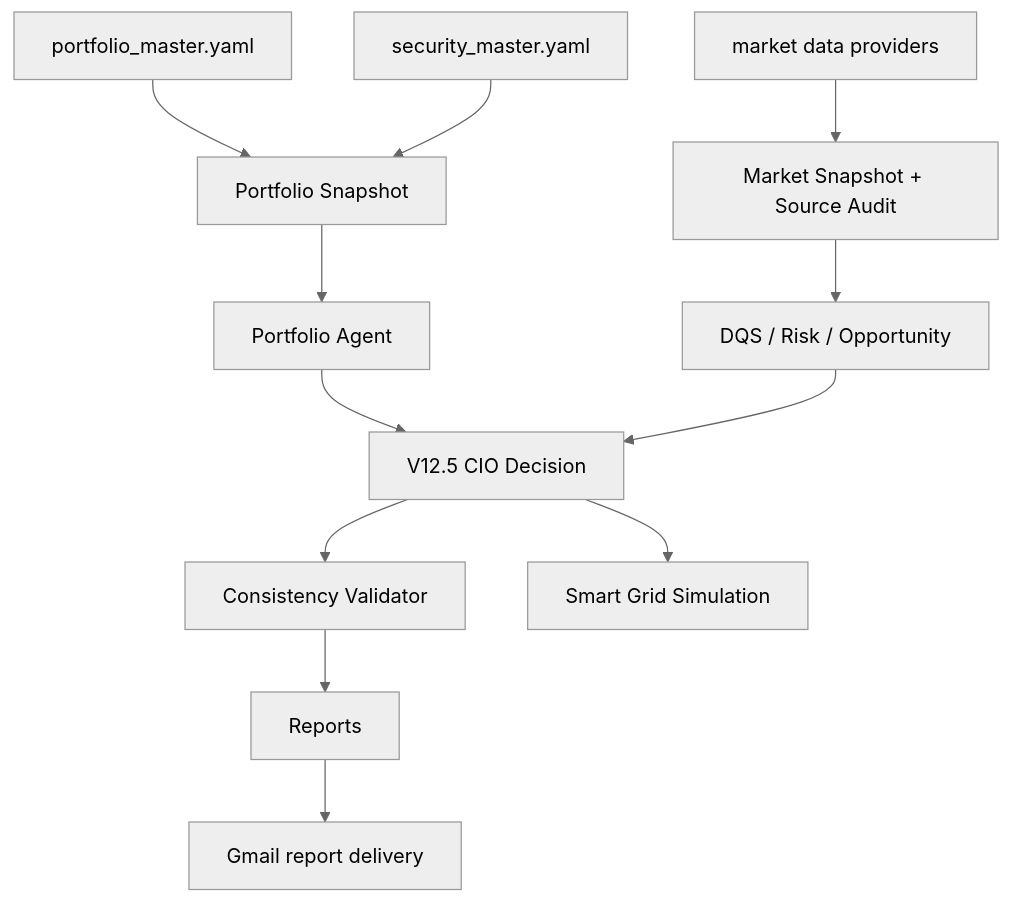
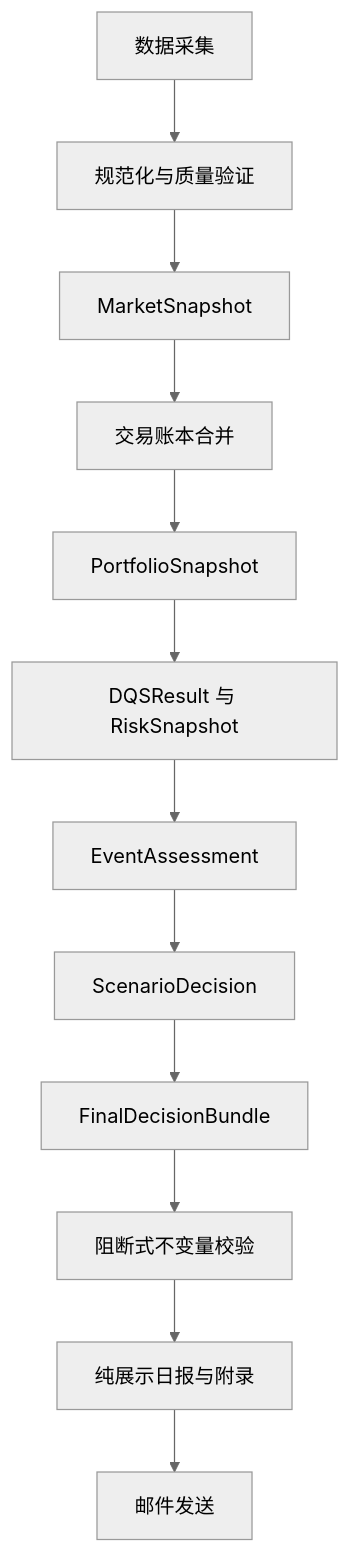
The diagram in ARCHITECTURE.md (shitou3263063-pixel/stone-ai-investment-manager), drawn with Mermaid (neutral theme) before and after one commit. The commit also changed other lines of this file and 53 other files, not shown here.

Commit message:
fix: unify decision gates and reporting truth source

````diff
--- a/ARCHITECTURE.md
+++ b/ARCHITECTURE.md
@@ -13,14 +13,14 @@
 ```mermaid
 flowchart TD
-  A["portfolio_master.yaml"] --> B["Portfolio Snapshot"]
-  C["security_master.yaml"] --> B
-  D["market data providers"] --> E["Market Snapshot + Source Audit"]
-  B --> F["Portfolio Agent"]
-  E --> G["DQS / Risk / Opportunity"]
-  F --> H["V12.5 CIO Decision"]
-  G --> H
-  H --> I["Consistency Validator"]
-  I --> J["Reports"]
-  H --> K["Smart Grid Simulation"]
-  J --> L["Gmail report delivery"]
+  A["数据采集"] --> B["规范化与质量验证"]
+  B --> C["MarketSnapshot"]
+  C --> D["交易账本合并"]
+  D --> E["PortfolioSnapshot"]
+  E --> F["DQSResult 与 RiskSnapshot"]
+  F --> G["EventAssessment"]
+  G --> H["ScenarioDecision"]
+  H --> I["FinalDecisionBundle"]
+  I --> J["阻断式不变量校验"]
+  J --> K["纯展示日报与附录"]
+  K --> L["邮件发送"]
 ```
````
